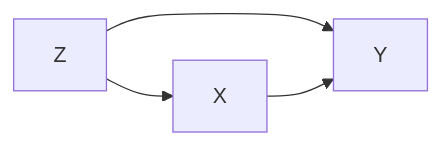
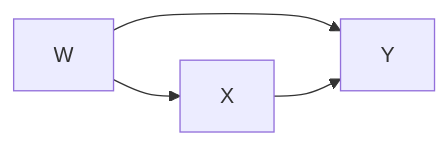
The diagram in vignettes/gcomputation.qmd (vincentarelbundock/marginaleffects), drawn with Mermaid before and after one commit. The commit also changed 34 other files, not shown here.

````diff
--- a/vignettes/gcomputation.qmd
+++ b/vignettes/gcomputation.qmd
@@ -28,6 +28,6 @@
 ```{mermaid}
 graph LR;
-    Z --> X;
-    Z --> Y;
+    W --> X;
+    W --> Y;
     X --> Y;
 ```
````
